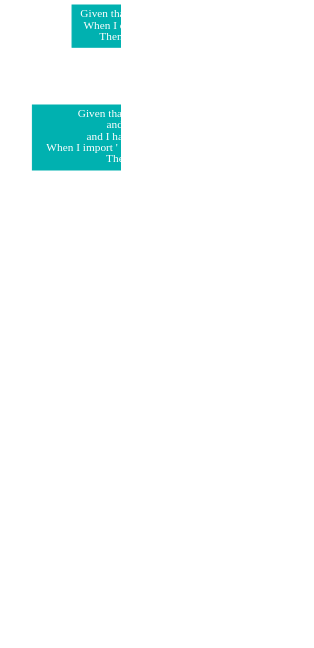
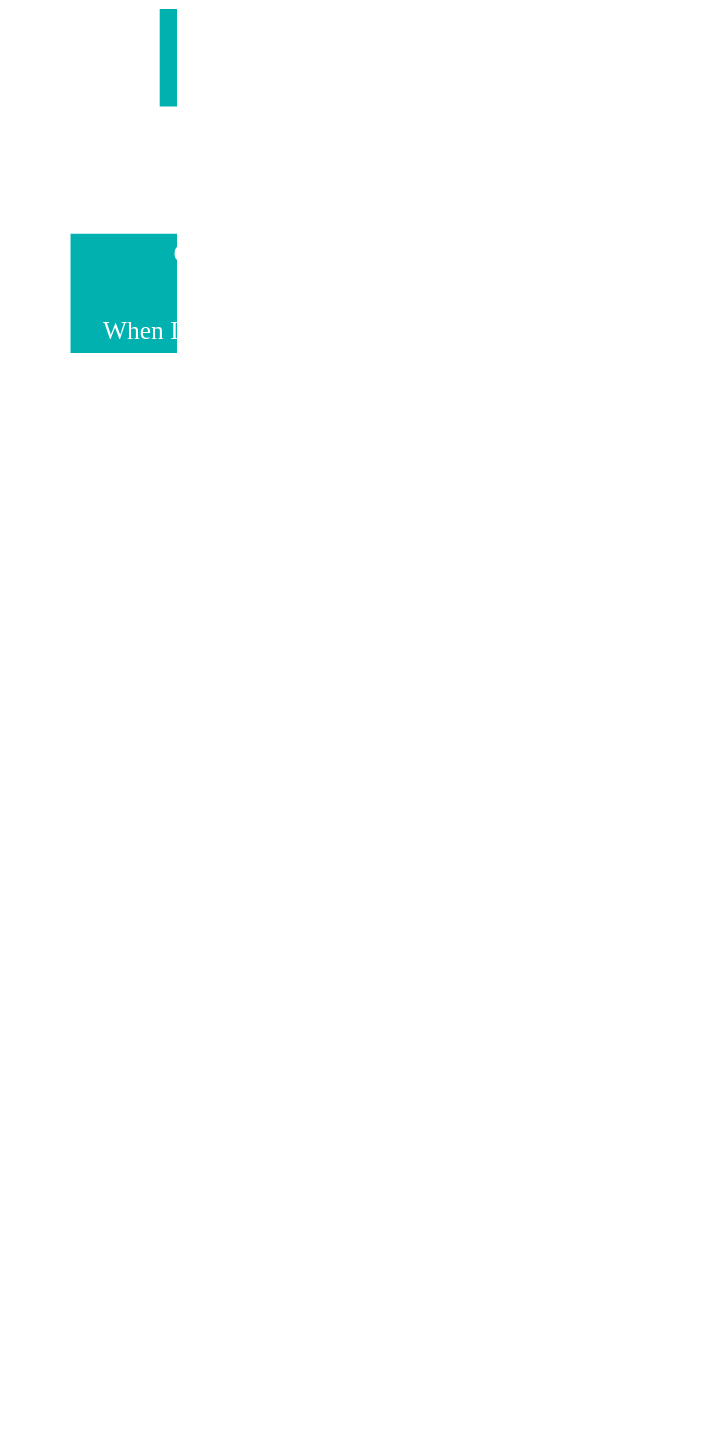
One commit to dyne/Zenroom changed the diagram in examples/zencode_certificate/encryption.dot. Above: the diagram before and after it, drawn with Graphviz. The commit also changed 3 other files, not shown here.

```diff
--- a/examples/zencode_certificate/encryption.dot
+++ b/examples/zencode_certificate/encryption.dot
@@ -1,53 +1,52 @@
 digraph zencode_encrypt {
-	// node [shape=box, splines=compound, rank=max,
-	// 	  overlap=false, overlap_shrink=true,
-	// 	  pack=true, packmode=nodes, resolution=1200,
-	// 	  outputorder=edgesfirst, style=filled color="#00b1b0" fontcolor=white];
-	graph [ dpi=200, bgcolor=white ];
+	graph [ dpi=300, bgcolor=white ];
 	node [shape=box, rank=max, fontname=Montserrat, fontsize=11, bgcolor=white,
 		  overlap=false, pack=true, style=filled color="#00b1b0" fontcolor=white];
 	edge [fontname=Montserrat, fontsize=9, arrowsize=0.3]
 
 	Keygen_Bob [label=
 				<Given that I am known as '<b><font color="#fff16e">Bob</font></b>'<br/>
 				When I create my new keypair<br/>
 				Then print keypair '<b><font color="#fff16e">Bob</font></b>'>]
 
 	Kimport_Alice [label=
 				   <Given that I am known as '<b><font color="#fff16e">Alice</font></b>'<br/>
 				   and I have my keypair<br/>
-				   and I have a '<font color="#fff16e"><b>Bob</b></font>' 'public' key<br/>
+				   and I have a '<font color="#fff16e"><b>Bob</b></font>' '<font color="#fff16e"><b>public</b></font>' key<br/>
 				   When I import '<font color="#fff16e"><b>Bob</b></font>' keypair into my keyring<br/>
 				   Then print my keyring>]
 
 	Encrypt_Alice [label=
 				   <Given that I am known as '<font color="#fff16e"><b>Alice</b></font>'<br/>
 				   and I have my keypair<br/>
 				   and I have the '<font color="#fff16e"><b>public</b></font>' key '<font color="#fff16e"><b>Bob</b></font>' in keyring<br/>
 				   When I draft the text '<font color="#fff16e"><b>Hi Bob!</b></font>'<br/>
 				   and I use '<font color="#fff16e"><b>Bob</b></font>' key to encrypt the text into '<font color="#fff16e"><b>ciphertext</b></font>'<br/>
 				   Then print data '<font color="#fff16e"><b>ciphertext</b></font>'>]
 
 	Decrypt_Bob [label=
 				 <Given that I am known as '<font color="#fff16e"><b>Bob</b></font>'<br/>
 				 and I have my keypair<br/>
 				 When I decrypt the '<font color="#fff16e"><b>ciphertext</b></font>' to '<font color="#fff16e"><b>decoded</b></font>'<br/>
 				 Then print data '<font color="#fff16e"><b>decoded</b></font>'>]
 
 	Answer_Alice [label=
 				<Given that I am known as '<font color="#fff16e"><b>Bob</b></font>'<br/>
 				and I have my keypair<br/>
 				and I have the '<font color="#fff16e"><b>public</b></font>' key '<font color="#fff16e"><b>Alice</b></font>' in keyring<br/>
 				When I draft the text '<font color="#fff16e"><b>Hi Alice, lets talk!</b></font>'<br/>
 				and I use '<font color="#fff16e"><b>Alice</b></font>' key to encrypt the text into '<font color="#fff16e"><b>ciphertext</b></font>'<br/>
 				Then print data '<font color="#fff16e"><b>ciphertext</b></font>'>]
 
 	Keygen_Bob -> Kimport_Alice [label="send public key\n{ public: zenroom.ECP }"]
 
 	Kimport_Alice -> Encrypt_Alice [label="save keypair into keyring\n{ Bob: { public: zenroom.ECP,\n  private: zenroom.octet },\nAlice: { public: zenroom.ECP } }"]
 
 	Encrypt_Alice -> Decrypt_Bob [label="send a secret message\n{ schema: 'AES-GCM',\n  curve: 'bls383'\n  text: zenroom.octet\n  pubkey: zenroom.ECP\n  checksum: zenroom.octet\n  iv: zenroom.random\n  zenroom: '0.9'\n  encoding: 'hex' }"]
 
-	Decrypt_Bob -> Answer_Alice [label="reply the secret message\n{ decoded = { from: 'Alice',\n  text: 'Hi Bob!' } }"]
+	Decrypt_Bob -> Answer_Alice [label=<
+								 Reply the secret message<br/>
+								 { decoded = { from: 'Alice',<br/>
+									 text: '<b>Hi Bob!</b>' } }>]
 
 }
```
